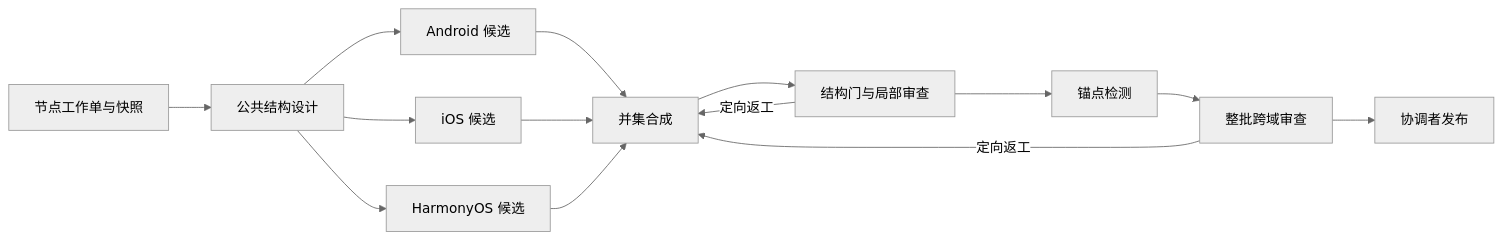
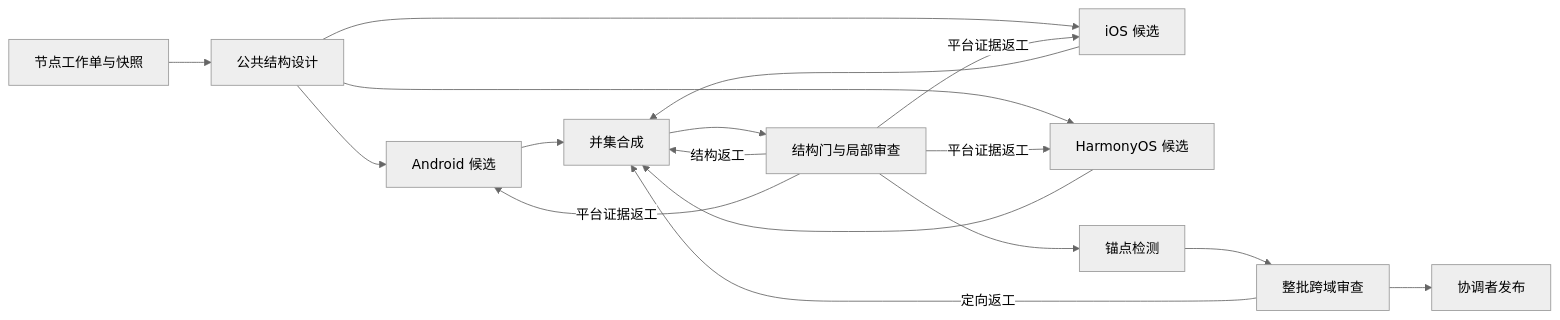
One commit to chuanqi87/FeatureTree changed the diagram in docs/workflow/design.md. Above: the diagram before and after it, drawn with Mermaid (neutral theme). The commit also changed other lines of this file and 51 other files, not shown here.

````diff
--- a/docs/workflow/design.md
+++ b/docs/workflow/design.md
@@ -11,16 +11,19 @@
 ```mermaid
 flowchart LR
     A[节点工作单与快照] --> B[公共结构设计]
     B --> C[Android 候选]
     B --> D[iOS 候选]
     B --> E[HarmonyOS 候选]
     C --> F[并集合成]
     D --> F
     E --> F
     F --> G[结构门与局部审查]
     G --> H[锚点检测]
     H --> I[整批跨域审查]
     I --> J[协调者发布]
-    G -- 定向返工 --> F
+    G -- 结构返工 --> F
+    G -- 平台证据返工 --> C
+    G -- 平台证据返工 --> D
+    G -- 平台证据返工 --> E
     I -- 定向返工 --> F
 ```
````
